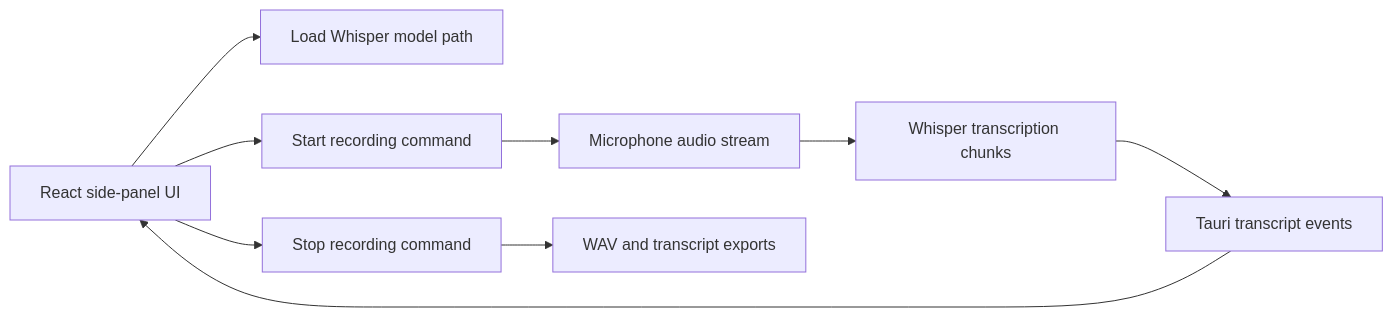
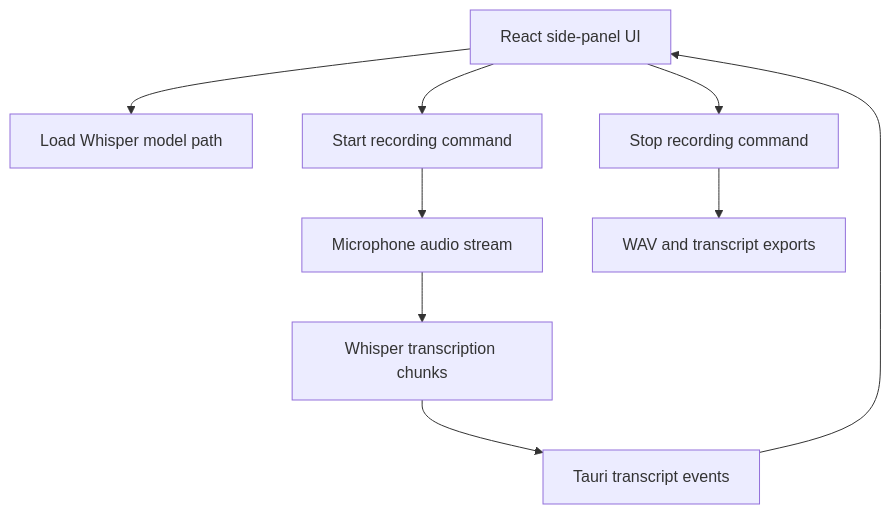
Before and after one commit to kimtth/craft-meetily-lite: the second of 2 diagrams in Architecture.md, drawn with Mermaid. The commit also changed other lines of this file and 19 other files, not shown here.

````diff
--- a/Architecture.md
+++ b/Architecture.md
@@ -63,20 +58,20 @@
 ```mermaid
-flowchart LR
+flowchart TD
 	UI[React side-panel UI]
 	Model[Load Whisper model path]
 	Record[Start recording command]
 	Audio[Microphone audio stream]
 	STT[Whisper transcription chunks]
 	Events[Tauri transcript events]
 	Stop[Stop recording command]
 	Files[WAV and transcript exports]
 
 	UI --> Model
 	UI --> Record
 	Record --> Audio
 	Audio --> STT
 	STT --> Events
 	Events --> UI
 	UI --> Stop
 	Stop --> Files
 ```
````
